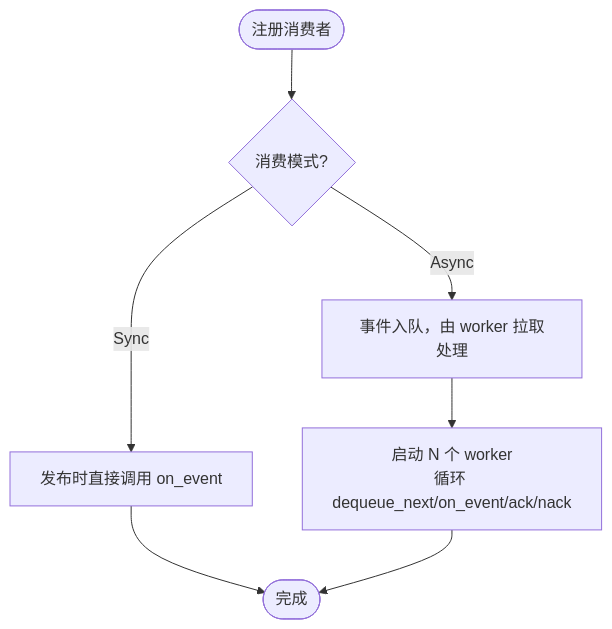
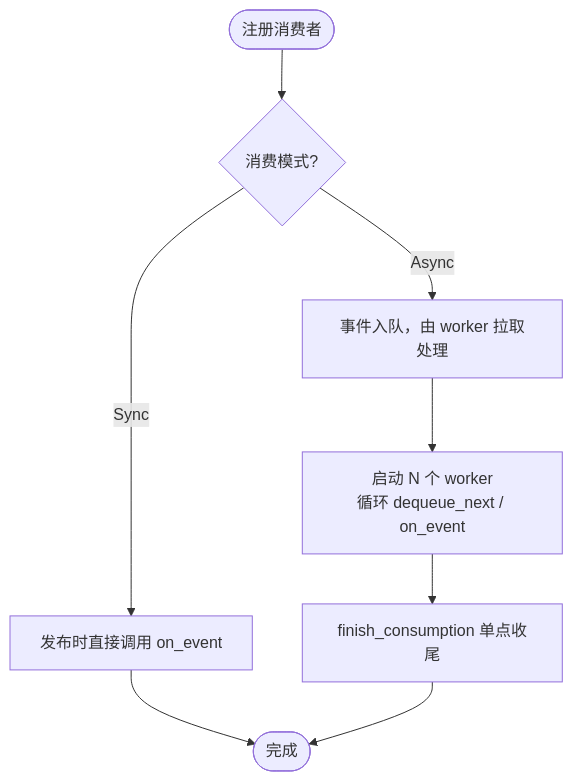
Before and after one commit to runningcoders/ai_orz: the fourth of 8 diagrams in docs/wiki/zh/content/核心模块/AOP 事件系统/事件队列系统/事件队列系统.md, drawn with Mermaid. The commit also changed other lines of this file and 37 other files, not shown here.

````diff
--- a/docs/wiki/zh/content/核心模块/AOP 事件系统/事件队列系统/事件队列系统.md
+++ b/docs/wiki/zh/content/核心模块/AOP 事件系统/事件队列系统/事件队列系统.md
@@ -149,9 +158,10 @@
 ```mermaid
-flowchart TD
+graph TB
 Start(["注册消费者"]) --> Mode{"消费模式?"}
 Mode --> |Sync| SyncPath["发布时直接调用 on_event"]
 Mode --> |Async| AsyncPath["事件入队，由 worker 拉取处理"]
-AsyncPath --> Worker["启动 N 个 worker<br/>循环 dequeue_next/on_event/ack/nack"]
+AsyncPath --> Worker["启动 N 个 worker<br/>循环 dequeue_next / on_event"]
 SyncPath --> End(["完成"])
-Worker --> End
+Worker --> FC["finish_consumption 单点收尾"]
+FC --> End
 ```
````
